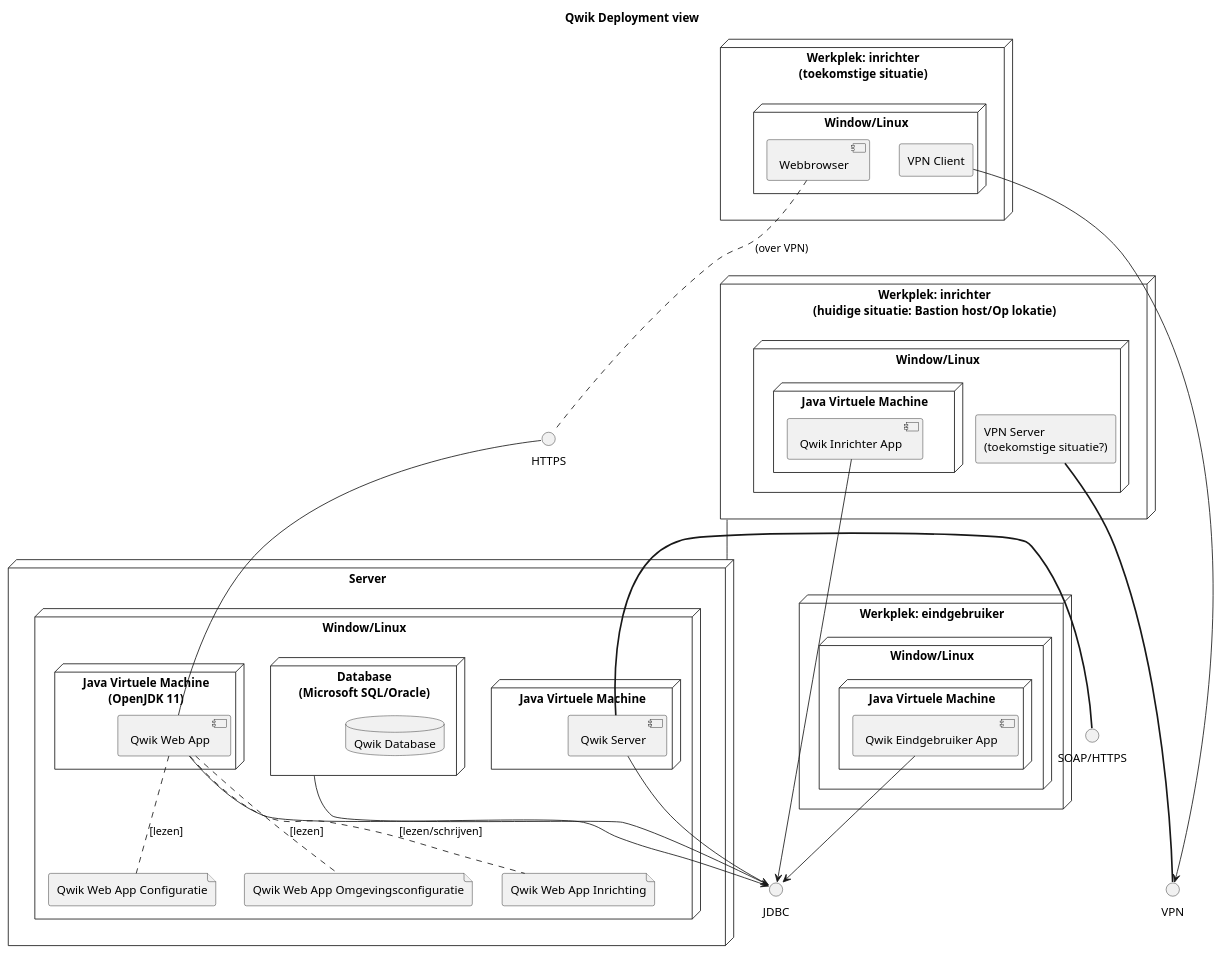
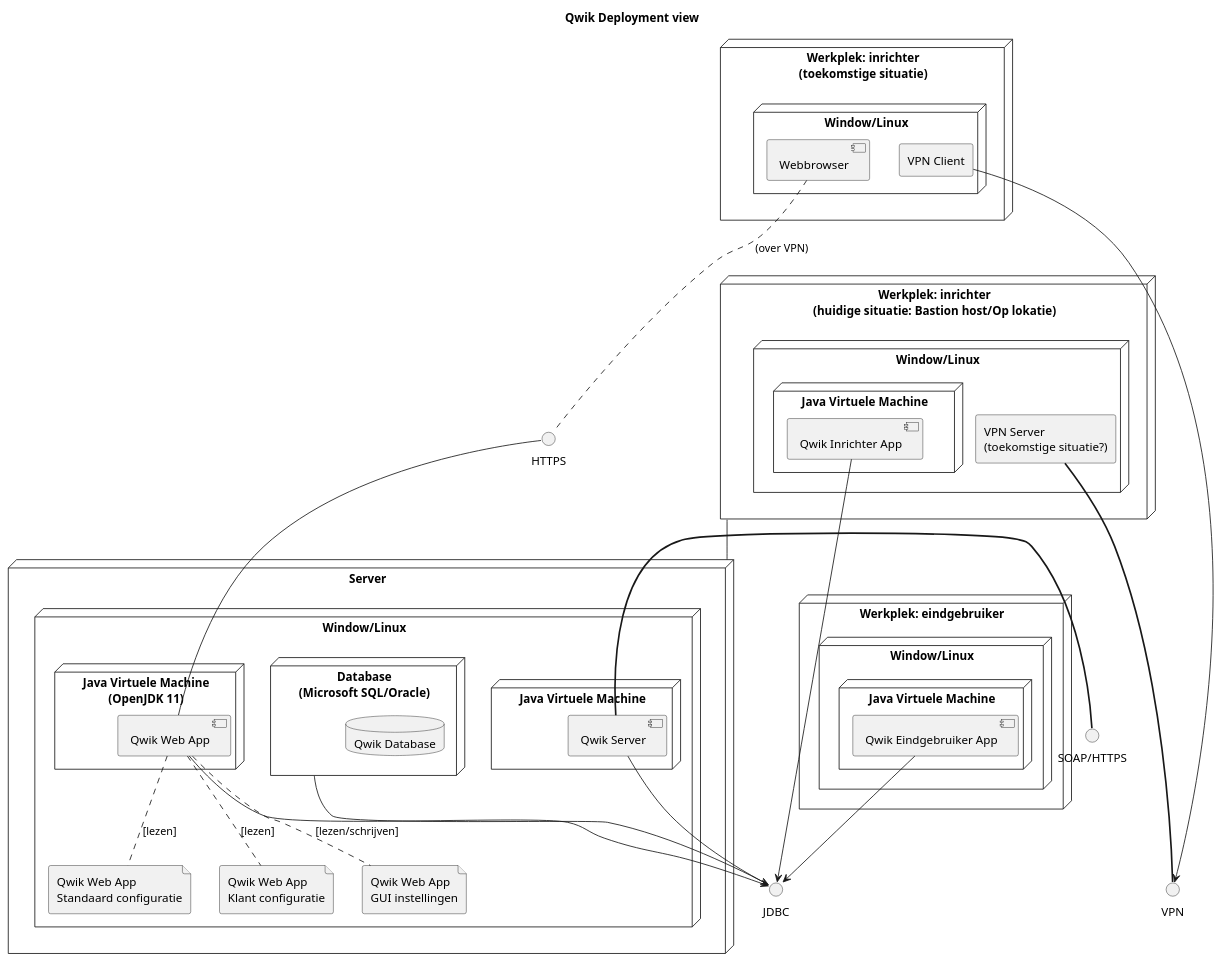
The diagram in src/main/asciidoc/diagrams/deployment-view.puml (nielsdB97/test-deploy-jar), drawn with PlantUML before and after one commit. The commit also changed 4 other files, not shown here.

```diff
--- a/src/main/asciidoc/diagrams/deployment-view.puml
+++ b/src/main/asciidoc/diagrams/deployment-view.puml
@@ -1,63 +1,63 @@
 @startuml
 title Qwik Deployment view
 
 node "Werkplek: eindgebruiker" as EW {
     node "Window/Linux" as UOS {
         node "Java Virtuele Machine" as JavaQwikUserApp {
             component "Qwik Eindgebruiker App" as QwikUserApp
         }
     }
 }
 
 node "Werkplek: inrichter\n(huidige situatie: Bastion host/Op lokatie)" as Bastion {
     node "Window/Linux" as HIOS {
         node "Java Virtuele Machine" as JavaQwikIApp {
             component "Qwik Inrichter App" as HIApp
         }
         agent "VPN Server\n(toekomstige situatie?)" as VPNServer
     }
 }
 
 node "Werkplek: inrichter\n(toekomstige situatie)" as TIW {
     node "Window/Linux" as TIOS {
         component "Webbrowser" as Browser
         agent "VPN Client" as VPNClient
     }
 }
 TIW -[hidden]left- Bastion
 node Server {
     node "Window/Linux" as SOS {
-        file "Qwik Web App Configuratie" as AppConfig
-        file "Qwik Web App Omgevingsconfiguratie" as OmgConfig
-        file "Qwik Web App Inrichting" as InrichtingConfig
+        file "Qwik Web App\nStandaard configuratie" as AppConfig
+        file "Qwik Web App\nKlant configuratie" as OmgConfig
+        file "Qwik Web App\nGUI instellingen" as InrichtingConfig
         node "Java Virtuele Machine\n(OpenJDK 11)" as JavaQwikWebApp {
             component "Qwik Web App" as QwikWebApp
         }
         QwikWebApp .. AppConfig: [lezen]
         QwikWebApp .. OmgConfig: [lezen]
         QwikWebApp .. InrichtingConfig: [lezen/schrijven]
         node "Java Virtuele Machine" as JavaQwikServer {
             component "Qwik Server" as QwikServer
         }
         node "Database\n(Microsoft SQL/Oracle)" as RDBMS {
             database "Qwik Database" as QwikDb
         }
     }
 }
 interface "SOAP/HTTPS" as SOAP
 interface VPN
 interface HTTPS
 interface JDBC
 
 RDBMS ---up--- JDBC
 HIApp --> JDBC
 QwikUserApp --> JDBC
 QwikWebApp --> JDBC
 QwikServer --> JDBC
 QwikServer =right= SOAP
 VPNServer =up= VPN
 VPNClient -down---> VPN
 QwikWebApp -up- HTTPS
 Browser .down. HTTPS: (over VPN)
 Bastion -down- Server
 @enduml
```
